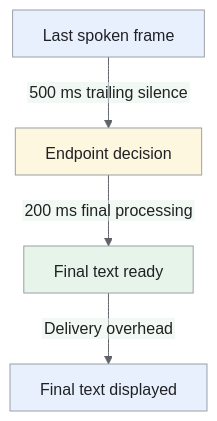
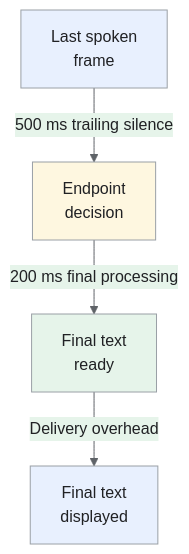
Before and after one commit to iliazlobin/iliazlobin.github.io: the fifth of 6 diagrams in _designs/ml-system-design-speech-recognition-asr.md, drawn with Mermaid. The commit also changed other lines of this file and 116 other files, not shown here.

````diff
--- a/_designs/ml-system-design-speech-recognition-asr.md
+++ b/_designs/ml-system-design-speech-recognition-asr.md
@@ -325,14 +337,14 @@
 ```mermaid
-%%{init: {'theme':'base','htmlLabels':false,'flowchart':{'htmlLabels':false},'themeVariables':{'fontFamily':'Arial, sans-serif','primaryColor':'#e8f0fe','primaryTextColor':'#202124','primaryBorderColor':'#9aa0a6','lineColor':'#5f6368','secondaryColor':'#e6f4ea','tertiaryColor':'#fef7e0','actorBkg':'#e8f0fe','actorBorder':'#9aa0a6','actorTextColor':'#202124','noteBkgColor':'#fef7e0','noteTextColor':'#202124','noteBorderColor':'#9aa0a6','signalColor':'#5f6368','signalTextColor':'#202124','labelBoxBkgColor':'#fef7e0','labelBoxBorderColor':'#9aa0a6'}}}%%
+%%{init: {'theme':'base','themeVariables':{'primaryColor':'#e8f0fe','primaryTextColor':'#202124','primaryBorderColor':'#9aa0a6','lineColor':'#5f6368','secondaryColor':'#e6f4ea','tertiaryColor':'#fef7e0','actorBkg':'#e8f0fe','actorBorder':'#9aa0a6','actorTextColor':'#202124','noteBkgColor':'#fef7e0','noteTextColor':'#202124','noteBorderColor':'#9aa0a6','signalColor':'#5f6368','signalTextColor':'#202124','labelBoxBkgColor':'#fef7e0','labelBoxBorderColor':'#9aa0a6'}}}%%
 flowchart TB
-  A["Last spoken frame"] -->|"500 ms trailing silence"| B["Endpoint decision"]
-  B -->|"200 ms final processing"| C["Final text ready"]
-  C -->|"Delivery overhead"| D["Final text displayed"]
+  A["Last spoken<br>frame"] -->|"500 ms trailing silence"| B["Endpoint<br>decision"]
+  B -->|"200 ms final processing"| C["Final text<br>ready"]
+  C -->|"Delivery overhead"| D["Final text<br>displayed"]
   class A,D request;
   class B control;
   class C data;
 classDef request fill:#e8f0fe,stroke:#9aa0a6,color:#202124;
 classDef data fill:#e6f4ea,stroke:#9aa0a6,color:#202124;
 classDef control fill:#fef7e0,stroke:#9aa0a6,color:#202124;
 classDef danger fill:#fce8e6,stroke:#9aa0a6,color:#202124;
 ```
````
